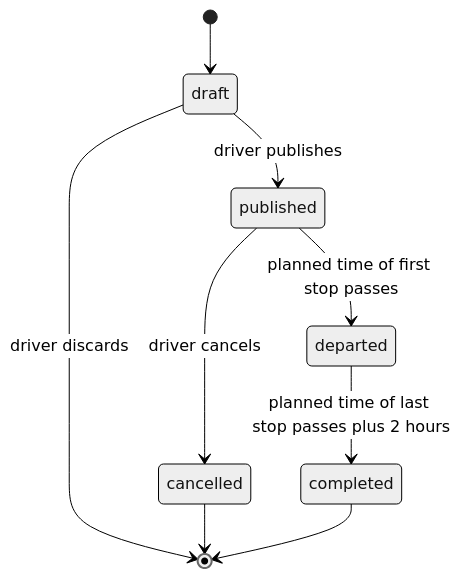
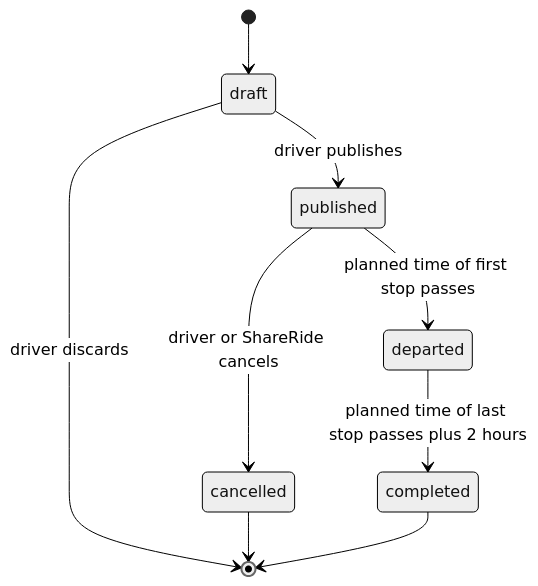
One commit to safarcikm/ShareRide changed the second of 2 diagrams in docs/architecture/domain-model.md. Above: the diagram before and after it, drawn with Mermaid (neutral theme). The commit also changed other lines of this file and 61 other files, not shown here.

First line of the commit message:
feat(moderation): suspend, warn and reinstate, with ShareRide's cancellations

````diff
--- a/docs/architecture/domain-model.md
+++ b/docs/architecture/domain-model.md
@@ -304,11 +319,11 @@
 ```mermaid
 stateDiagram-v2
   [*] --> draft
   draft --> published : driver publishes
   draft --> [*] : driver discards
-  published --> cancelled : driver cancels
+  published --> cancelled : driver or ShareRide cancels
   published --> departed : planned time of first stop passes
   departed --> completed : planned time of last stop passes plus 2 hours
   cancelled --> [*]
   completed --> [*]
 ```
````
